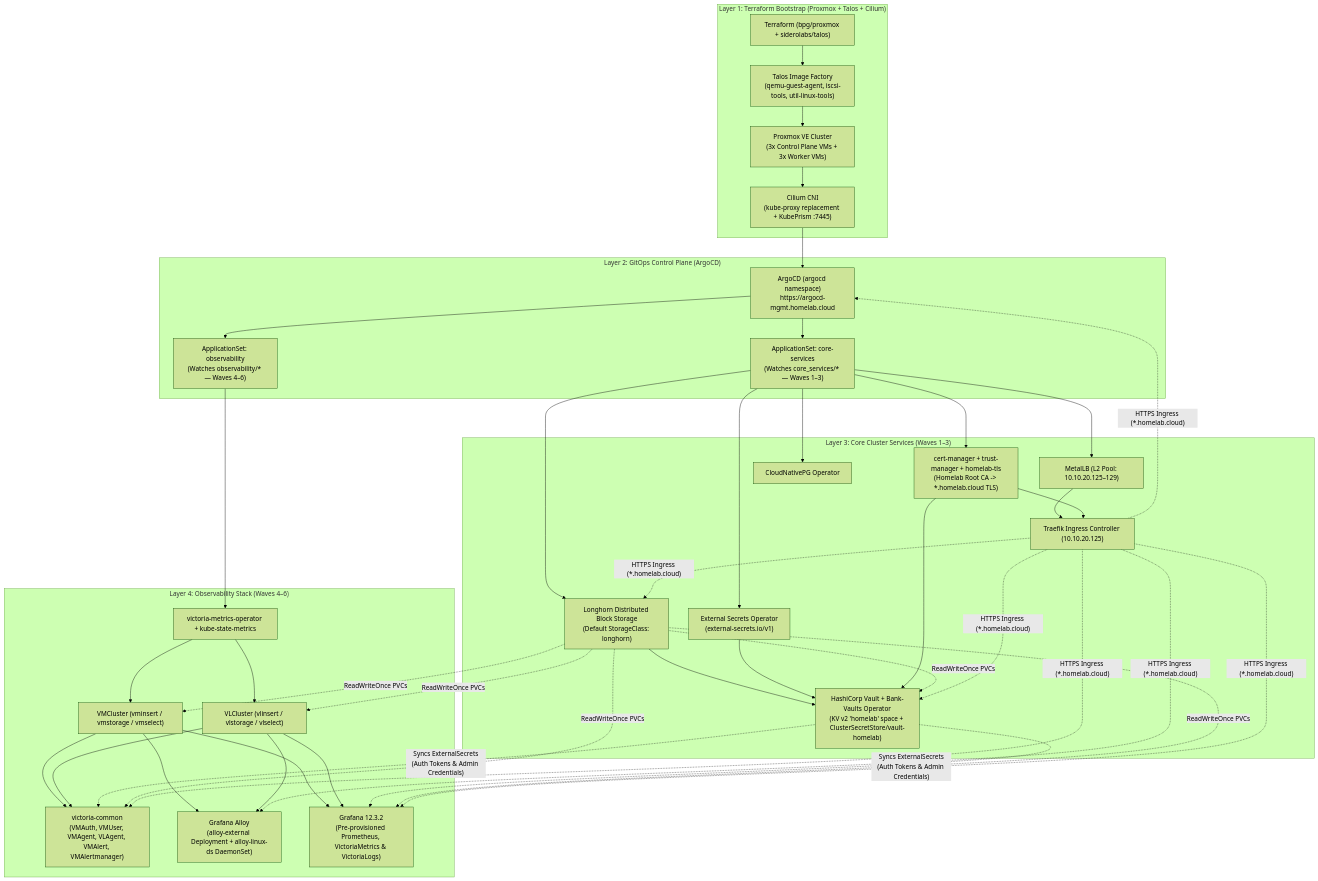
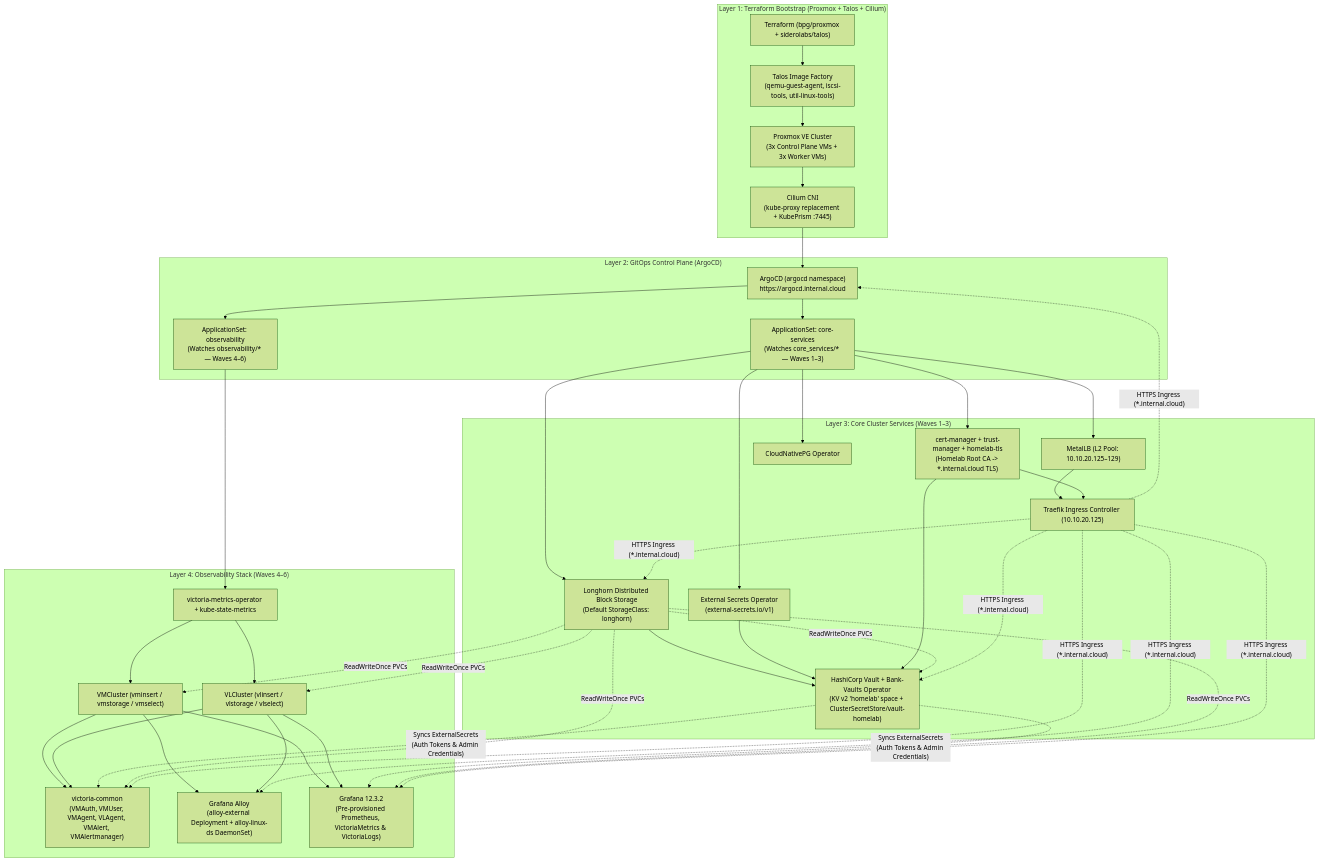
One commit to zelinar/Infra_talos changed the first of 3 diagrams in README.md. Above: the diagram before and after it, drawn with Mermaid (forest theme). The commit also changed other lines of this file and 28 other files, not shown here.

````diff
--- a/README.md
+++ b/README.md
@@ -9,46 +9,46 @@
 ```mermaid
 flowchart TB
     subgraph L1["Layer 1: Terraform Bootstrap (Proxmox + Talos + Cilium)"]
         TF["Terraform (bpg/proxmox + siderolabs/talos)"]
         IF["Talos Image Factory\n(qemu-guest-agent, iscsi-tools, util-linux-tools)"]
         PVE["Proxmox VE Cluster\n(3x Control Plane VMs + 3x Worker VMs)"]
         CIL["Cilium CNI\n(kube-proxy replacement + KubePrism :7445)"]
         TF --> IF --> PVE --> CIL
     end
 
     subgraph L2["Layer 2: GitOps Control Plane (ArgoCD)"]
-        ARGO["ArgoCD (argocd namespace)\nhttps://argocd-mgmt.homelab.cloud"]
+        ARGO["ArgoCD (argocd namespace)\nhttps://argocd.internal.cloud"]
         AS_CORE["ApplicationSet: core-services\n(Watches core_services/* — Waves 1–3)"]
         AS_OBS["ApplicationSet: observability\n(Watches observability/* — Waves 4–6)"]
         CIL --> ARGO
         ARGO --> AS_CORE
         ARGO --> AS_OBS
     end
 
     subgraph L3["Layer 3: Core Cluster Services (Waves 1–3)"]
-        CM["cert-manager + trust-manager + homelab-tls\n(Homelab Root CA -> *.homelab.cloud TLS)"]
+        CM["cert-manager + trust-manager + homelab-tls\n(Homelab Root CA -> *.internal.cloud TLS)"]
         MLB["MetalLB (L2 Pool: 10.10.20.125–129)"]
         TR["Traefik Ingress Controller (10.10.20.125)"]
         LH["Longhorn Distributed Block Storage\n(Default StorageClass: longhorn)"]
         CNPG["CloudNativePG Operator"]
         ESO["External Secrets Operator\n(external-secrets.io/v1)"]
         VLT["HashiCorp Vault + Bank-Vaults Operator\n(KV v2 'homelab' space + ClusterSecretStore/vault-homelab)"]
         AS_CORE --> CM & MLB & LH & CNPG & ESO
         MLB & CM --> TR
         LH & ESO & CM --> VLT
     end
 
     subgraph L4["Layer 4: Observability Stack (Waves 4–6)"]
         VMO["victoria-metrics-operator + kube-state-metrics"]
         VMC["VMCluster (vminsert / vmstorage / vmselect)"]
         VLC["VLCluster (vlinsert / vlstorage / vlselect)"]
         VMA["victoria-common\n(VMAuth, VMUser, VMAgent, VLAgent, VMAlert, VMAlertmanager)"]
         ALLOY["Grafana Alloy\n(alloy-external Deployment + alloy-linux-ds DaemonSet)"]
         GRAF["Grafana 12.3.2\n(Pre-provisioned Prometheus, VictoriaMetrics & VictoriaLogs)"]
         AS_OBS --> VMO --> VMC & VLC --> VMA & ALLOY & GRAF
     end
 
     VLT -. "Syncs ExternalSecrets\n(Auth Tokens & Admin Credentials)" .-> VMA & GRAF
     LH -. "ReadWriteOnce PVCs" .-> VLT & VMC & VLC & VMA & GRAF
-    TR -. "HTTPS Ingress (*.homelab.cloud)" .-> ARGO & LH & VLT & VMA & ALLOY & GRAF
+    TR -. "HTTPS Ingress (*.internal.cloud)" .-> ARGO & LH & VLT & VMA & ALLOY & GRAF
 ```
````
